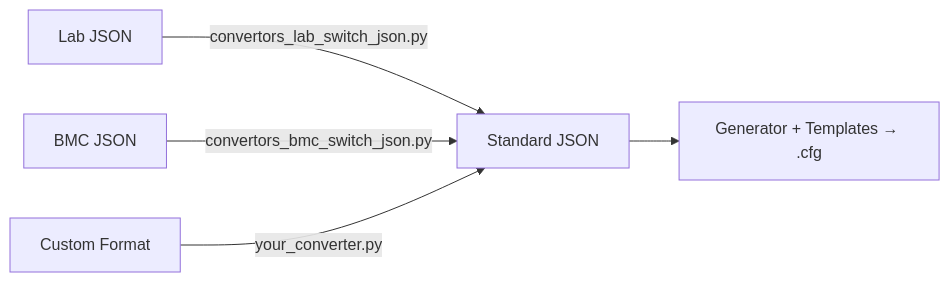
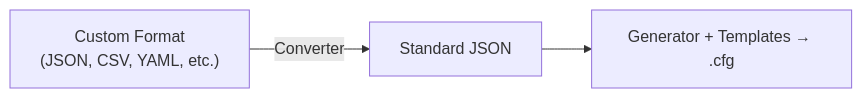
One commit to microsoft/Azure_Local_Physical_Network_Config_Tool changed the second of 2 diagrams in README.md. Above: the diagram before and after it, drawn with Mermaid. The commit also changed other lines of this file and 32 other files, not shown here.

First line of the commit message:
Feature/submission flow redesign (#88)

````diff
--- a/README.md
+++ b/README.md
@@ -88,7 +88,5 @@
 ```mermaid
 flowchart LR
-    U1["Lab JSON"] -->|convertors_lab_switch_json.py| S1["Standard JSON"]
-    U2["BMC JSON"] -->|convertors_bmc_switch_json.py| S1
-    U3["Custom Format"] -->|your_converter.py| S1
+    U1["Custom Format<br/>(JSON, CSV, YAML, etc.)"] -->|Converter| S1["Standard JSON"]
     S1 --> G["Generator + Templates → .cfg"]
 ```
````
